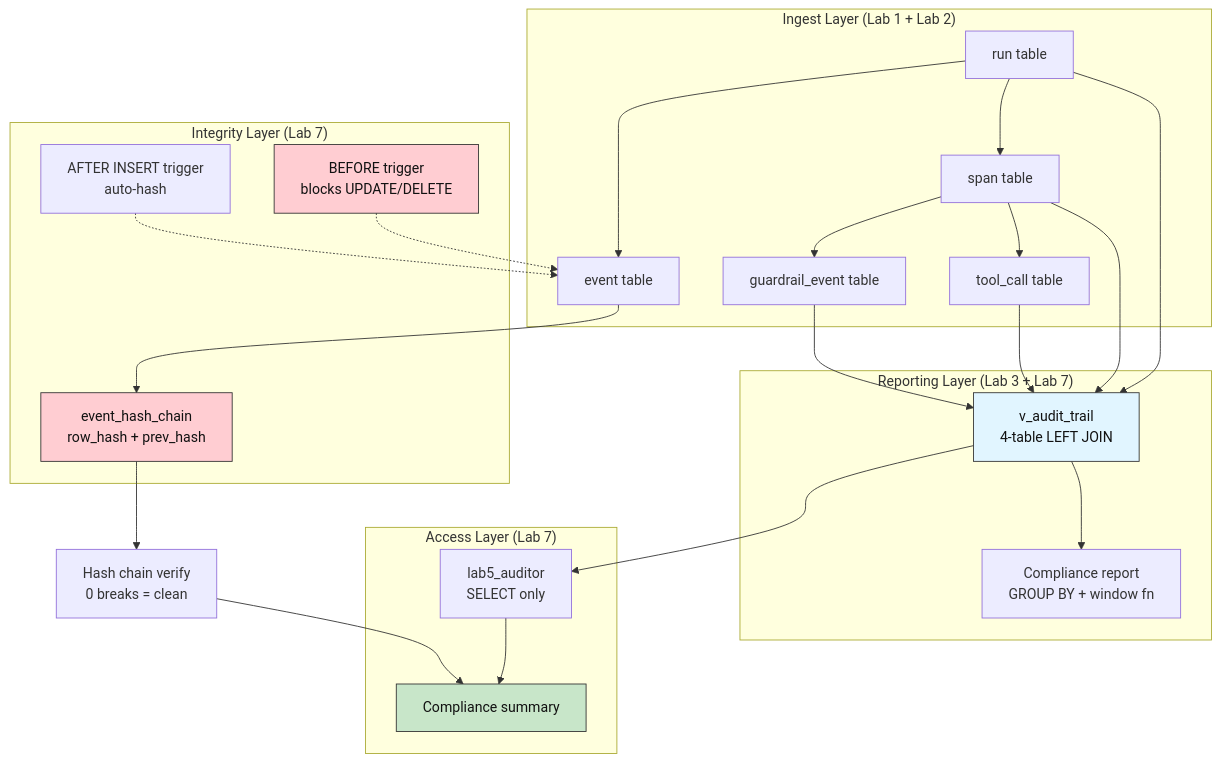
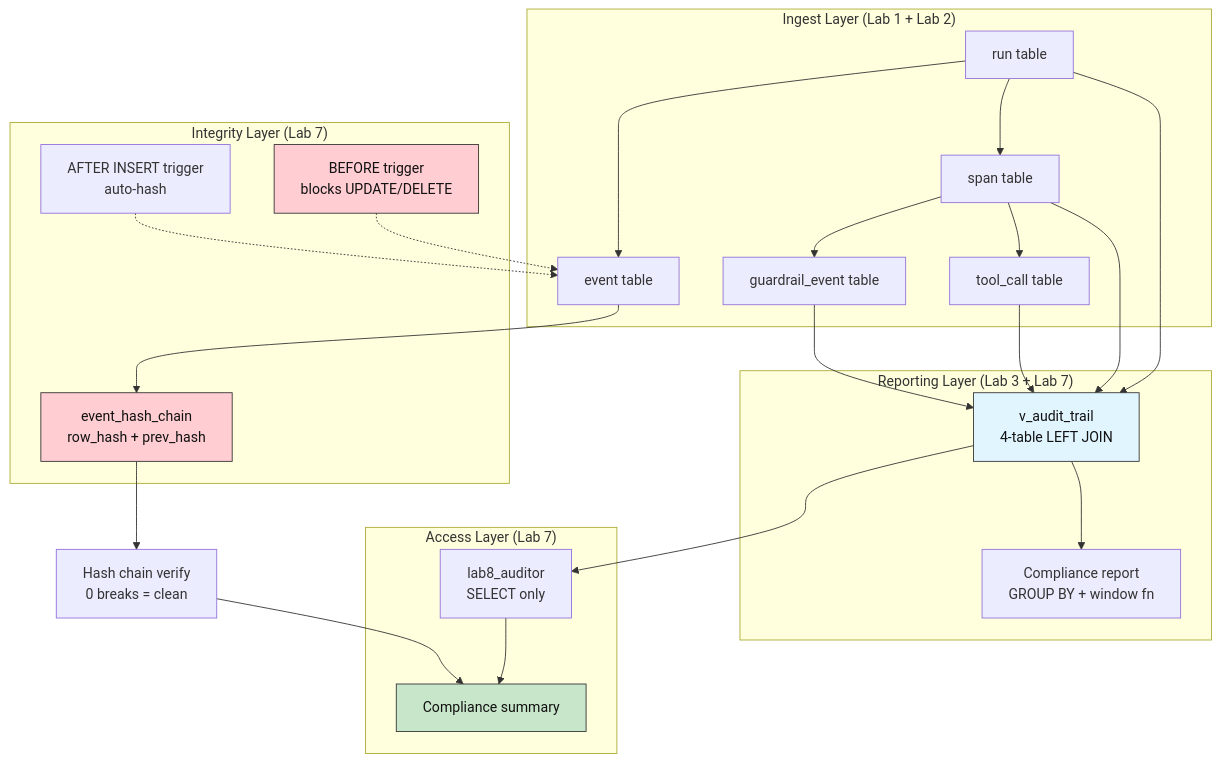
The third of 3 diagrams in Audit-DB-Labs/Lab 8 - Capstone Project - Agent Audit and Compliance Platform/lab-capstone-project.md (CogKnowEdge-Solutions/Context-Memory-Layer), drawn with Mermaid before and after one commit. The commit also changed other lines of this file and 10 other files, not shown here.

First line of the commit message:
feat: add Lab 4 (Filtering, Search, Pagination) + renumber Lab 7/8 identifiers to full 8-lab sequence

````diff
--- a/Audit-DB-Labs/Lab 8 - Capstone Project - Agent Audit and Compliance Platform/lab-capstone-project.md
+++ b/Audit-DB-Labs/Lab 8 - Capstone Project - Agent Audit and Compliance Platform/lab-capstone-project.md
@@ -361,36 +361,36 @@
 ```mermaid
 flowchart TD
     subgraph "Ingest Layer (Lab 1 + Lab 2)"
         RUN["run table"] --> SPAN["span table"]
         SPAN --> TC["tool_call table"]
         SPAN --> GE["guardrail_event table"]
         RUN --> EV["event table"]
     end
 
     subgraph "Integrity Layer (Lab 7)"
         TRIGGER["BEFORE trigger\nblocks UPDATE/DELETE"] -.-> EV
         HASH_TRIGGER["AFTER INSERT trigger\nauto-hash"] -.-> EV
         EV --> EHC["event_hash_chain\nrow_hash + prev_hash"]
     end
 
     subgraph "Reporting Layer (Lab 3 + Lab 7)"
         RUN --> VIEW["v_audit_trail\n4-table LEFT JOIN"]
         SPAN --> VIEW
         TC --> VIEW
         GE --> VIEW
         VIEW --> REPORT["Compliance report\nGROUP BY + window fn"]
     end
 
     subgraph "Access Layer (Lab 7)"
-        VIEW --> AUDITOR["lab5_auditor\nSELECT only"]
+        VIEW --> AUDITOR["lab8_auditor\nSELECT only"]
         AUDITOR --> SUMMARY["Compliance summary"]
     end
 
     EHC --> VERIFY["Hash chain verify\n0 breaks = clean"]
     VERIFY --> SUMMARY
 
     style TRIGGER fill:#ffcdd2,stroke:#333,color:#111
     style EHC fill:#ffcdd2,stroke:#333,color:#111
     style VIEW fill:#e1f5ff,stroke:#333,color:#111
     style SUMMARY fill:#c8e6c9,stroke:#333,color:#111
 ```
````
